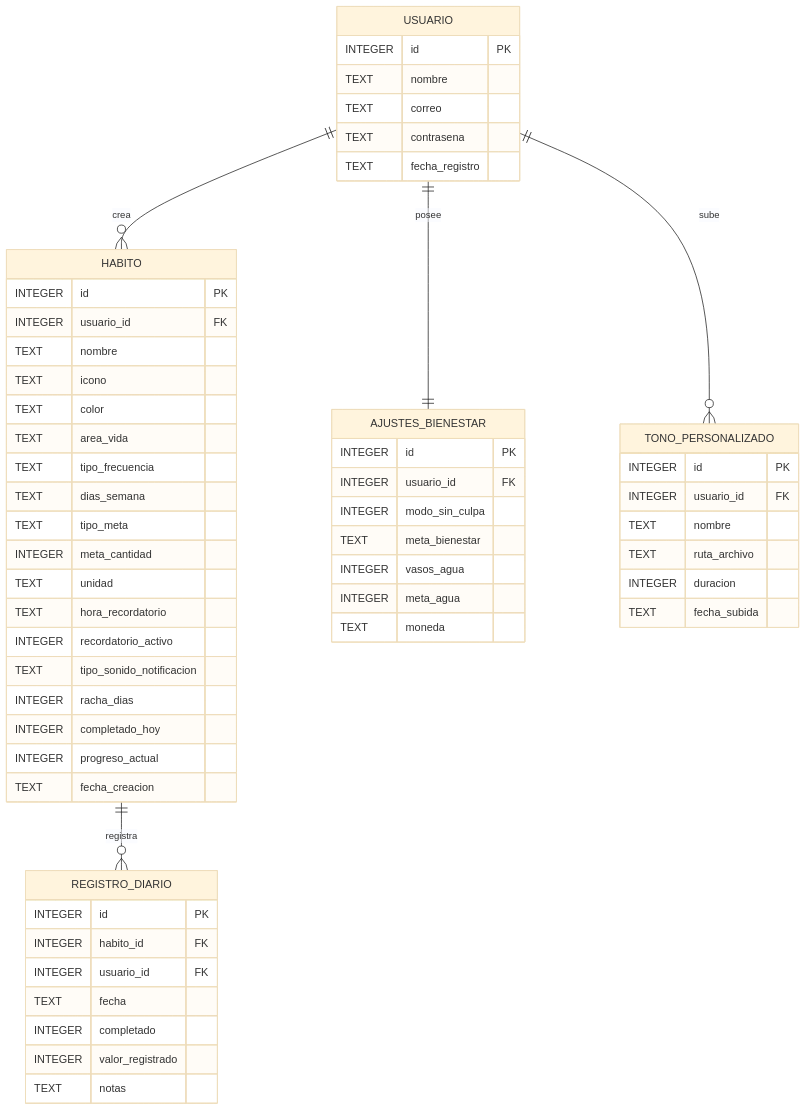
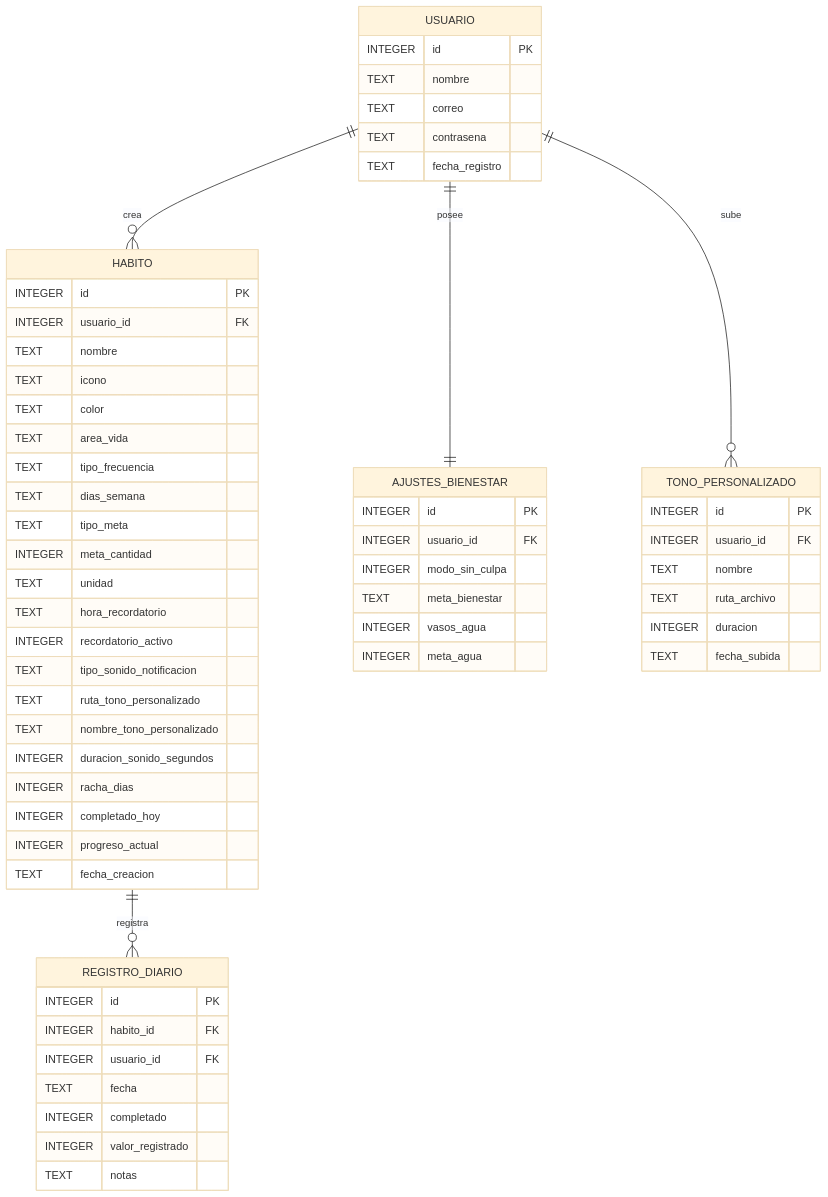
The diagram in README.md (Kevin30727/Rutinas_Habitos), drawn with Mermaid (base theme) before and after one commit. The commit also changed other lines of this file and 21 other files, not shown here.

````diff
--- a/README.md
+++ b/README.md
@@ -62,65 +99,67 @@
 ```mermaid
 erDiagram
     USUARIO ||--o{ HABITO : "crea"
     USUARIO ||--|| AJUSTES_BIENESTAR : "posee"
     USUARIO ||--o{ TONO_PERSONALIZADO : "sube"
     HABITO ||--o{ REGISTRO_DIARIO : "registra"
 
     USUARIO {
         INTEGER id PK
         TEXT nombre
         TEXT correo
         TEXT contrasena
         TEXT fecha_registro
     }
 
     AJUSTES_BIENESTAR {
         INTEGER id PK
         INTEGER usuario_id FK
         INTEGER modo_sin_culpa
         TEXT meta_bienestar
         INTEGER vasos_agua
         INTEGER meta_agua
-        TEXT moneda
     }
 
     HABITO {
         INTEGER id PK
         INTEGER usuario_id FK
         TEXT nombre
         TEXT icono
         TEXT color
         TEXT area_vida
         TEXT tipo_frecuencia
         TEXT dias_semana
         TEXT tipo_meta
         INTEGER meta_cantidad
         TEXT unidad
         TEXT hora_recordatorio
         INTEGER recordatorio_activo
         TEXT tipo_sonido_notificacion
+        TEXT ruta_tono_personalizado
+        TEXT nombre_tono_personalizado
+        INTEGER duracion_sonido_segundos
         INTEGER racha_dias
         INTEGER completado_hoy
         INTEGER progreso_actual
         TEXT fecha_creacion
     }
 
     REGISTRO_DIARIO {
         INTEGER id PK
         INTEGER habito_id FK
         INTEGER usuario_id FK
         TEXT fecha
         INTEGER completado
         INTEGER valor_registrado
         TEXT notas
     }
 
     TONO_PERSONALIZADO {
         INTEGER id PK
         INTEGER usuario_id FK
         TEXT nombre
         TEXT ruta_archivo
         INTEGER duracion
         TEXT fecha_subida
     }
 ```
````
